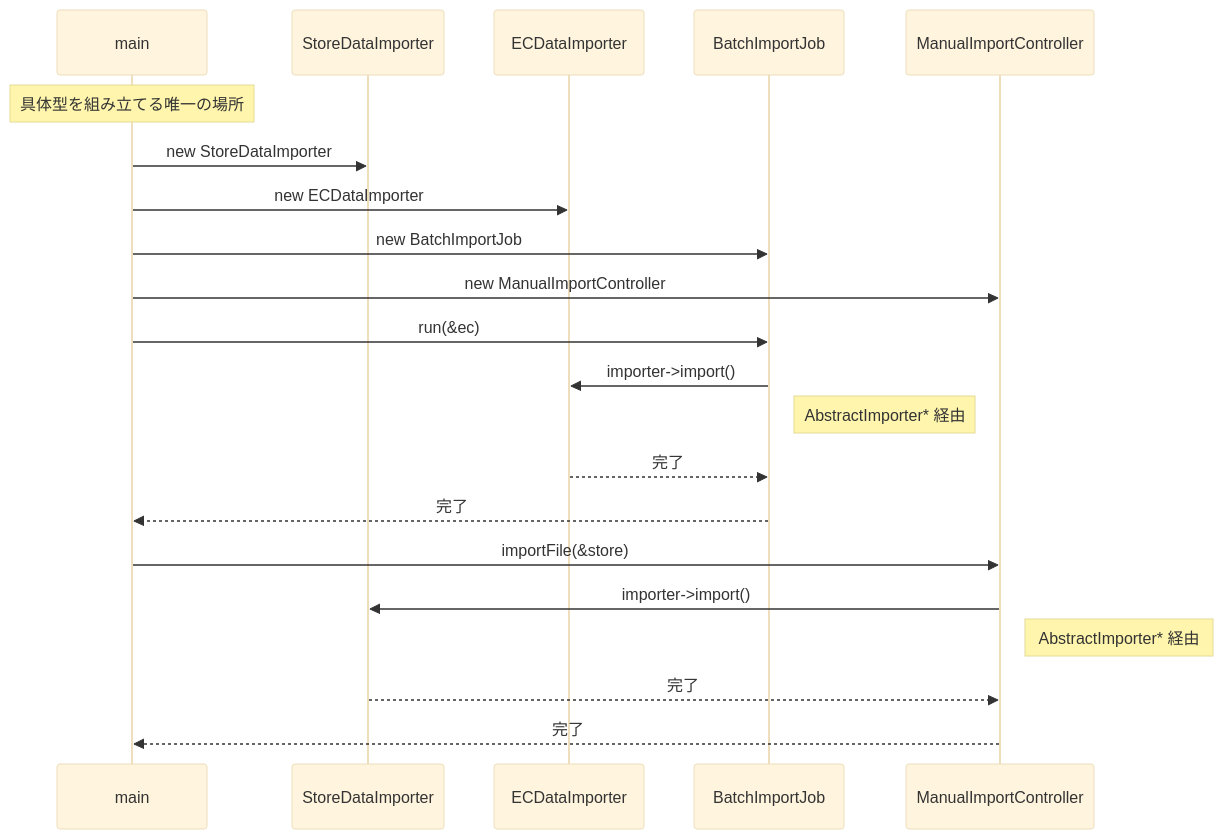
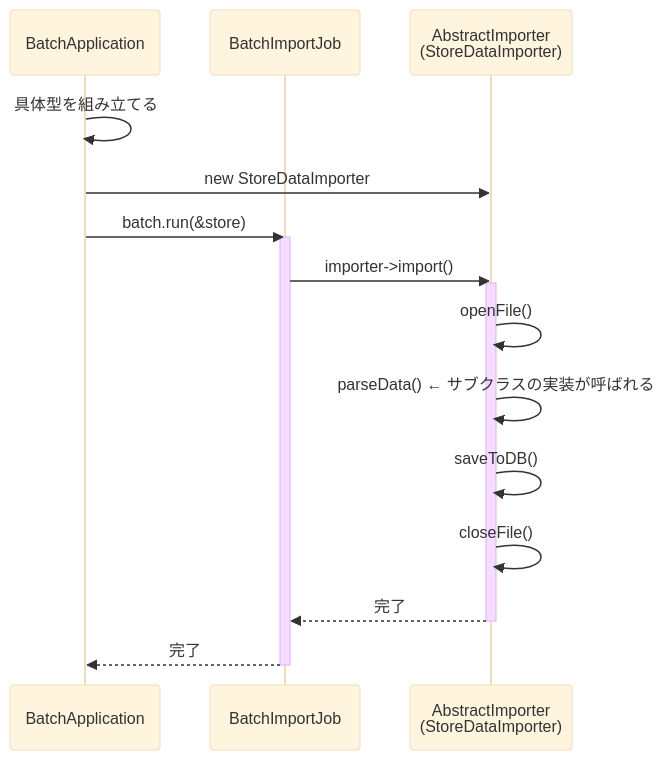
The third of 7 diagrams in kindle/design-patterns/output/chapter04.md (kumachan1101-pixel/DesignPattern), drawn with Mermaid (base theme) before and after one commit. The commit also changed other lines of this file and 10 other files, not shown here.

````diff
--- a/kindle/design-patterns/output/chapter04.md
+++ b/kindle/design-patterns/output/chapter04.md
@@ -1110,23 +753,21 @@
 ```mermaid
 sequenceDiagram
-    participant main
-    participant SDI as StoreDataImporter
-    participant EDI as ECDataImporter
+    participant B as BatchApplication
     participant BIJ as BatchImportJob
-    participant MIC as ManualImportController
-    Note over main: 具体型を組み立てる唯一の場所
-    main->>SDI: new StoreDataImporter
-    main->>EDI: new ECDataImporter
-    main->>BIJ: new BatchImportJob
-    main->>MIC: new ManualImportController
-    main->>BIJ: run(&ec)
-    BIJ->>EDI: importer->import()
-    Note right of BIJ: AbstractImporter* 経由
-    EDI-->>BIJ: 完了
-    BIJ-->>main: 完了
-    main->>MIC: importFile(&store)
-    MIC->>SDI: importer->import()
-    Note right of MIC: AbstractImporter* 経由
-    SDI-->>MIC: 完了
-    MIC-->>main: 完了
+    participant AI as AbstractImporter<br/>(StoreDataImporter)
+
+    B->>B: 具体型を組み立てる
+    B->>AI: new StoreDataImporter
+    B->>BIJ: batch.run(&store)
+    activate BIJ
+    BIJ->>AI: importer->import()
+    activate AI
+    AI->>AI: openFile()
+    AI->>AI: parseData() ← サブクラスの実装が呼ばれる
+    AI->>AI: saveToDB()
+    AI->>AI: closeFile()
+    AI-->>BIJ: 完了
+    deactivate AI
+    BIJ-->>B: 完了
+    deactivate BIJ
 ```
````
